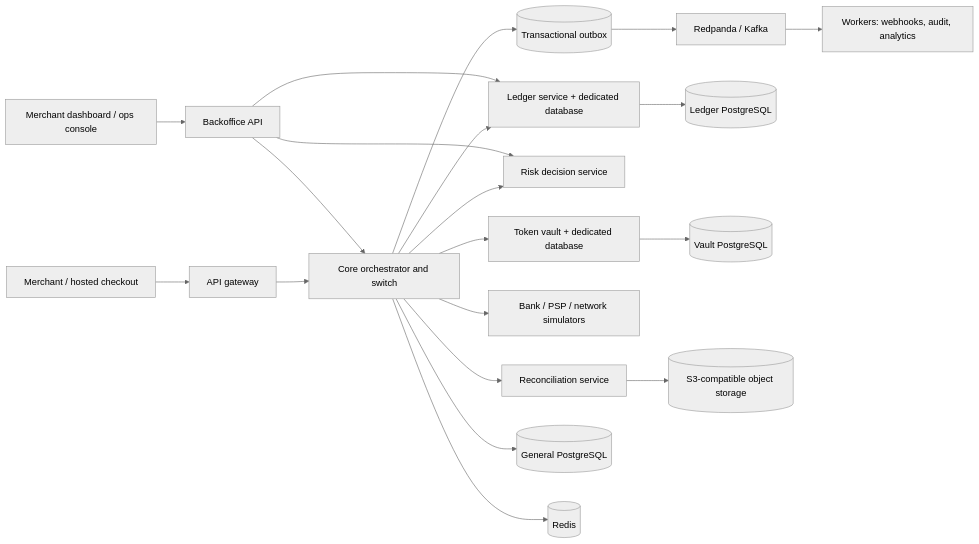
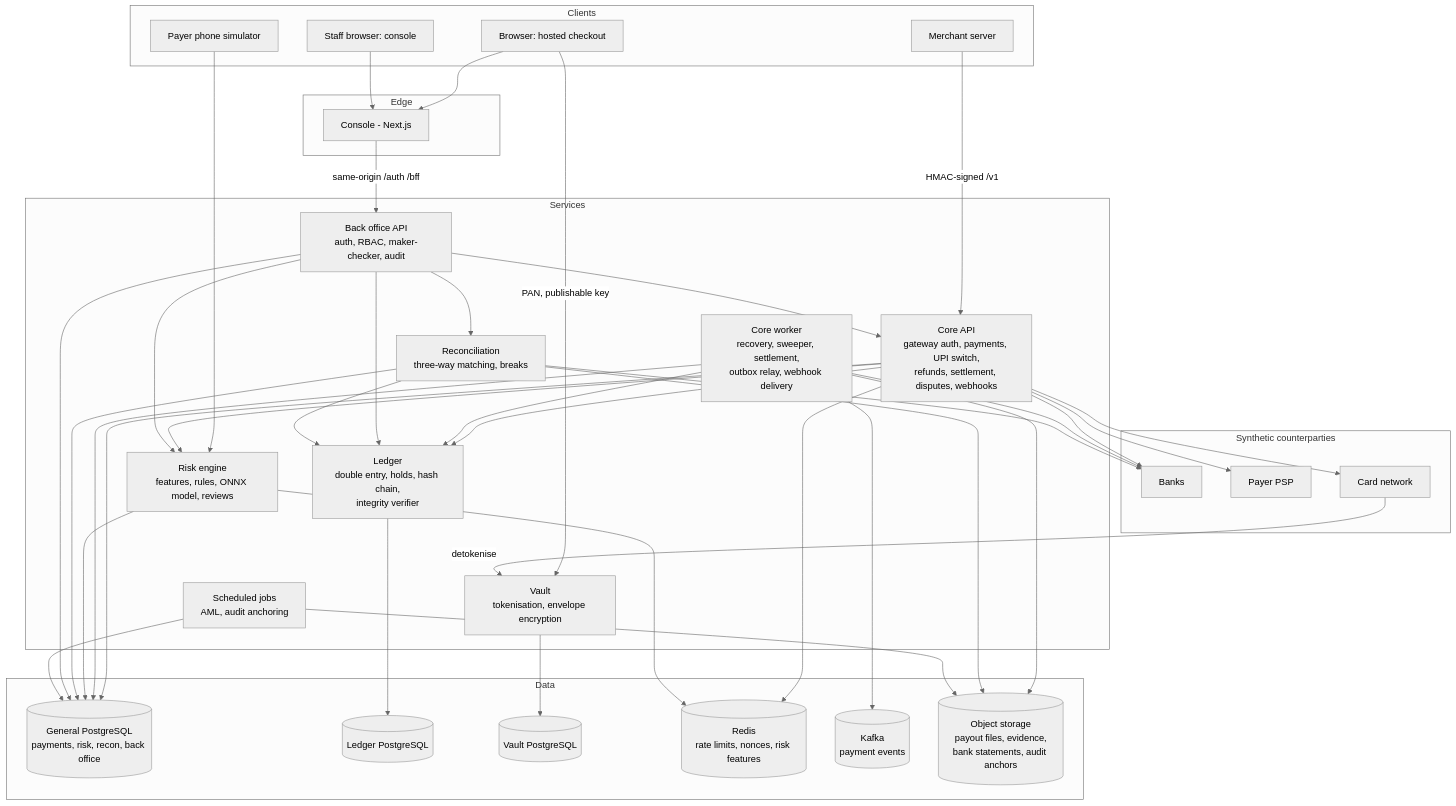
One commit to rahilpathan27/tally changed the first of 2 diagrams in docs/architecture.md. Above: the diagram before and after it, drawn with Mermaid (neutral theme). The commit also changed other lines of this file and 6 other files, not shown here.

First line of the commit message:
docs: complete phase 16 readme, architecture, demo script, highlights and guarantees

````diff
--- a/docs/architecture.md
+++ b/docs/architecture.md
@@ -3,22 +10,74 @@
 ```mermaid
-flowchart LR
-  Merchant[Merchant / hosted checkout] --> Gateway[API gateway]
-  Gateway --> Core[Core orchestrator and switch]
-  Core --> Ledger[Ledger service + dedicated database]
-  Core --> Vault[Token vault + dedicated database]
-  Core --> Risk[Risk decision service]
-  Core --> Recon[Reconciliation service]
-  Core --> Sim[Bank / PSP / network simulators]
-  Core --> Outbox[(Transactional outbox)]
-  Outbox --> Bus[Redpanda / Kafka]
-  Bus --> Workers[Workers: webhooks, audit, analytics]
-  Ops[Merchant dashboard / ops console] --> BFF[Backoffice API]
-  BFF --> Core
-  BFF --> Ledger
-  BFF --> Risk
-  Core --> GeneralDB[(General PostgreSQL)]
-  Ledger --> LedgerDB[(Ledger PostgreSQL)]
-  Vault --> VaultDB[(Vault PostgreSQL)]
-  Recon --> Blob[(S3-compatible object storage)]
-  Core --> Redis[(Redis)]
+flowchart TB
+  subgraph Clients
+    MS[Merchant server]
+    BR[Browser: hosted checkout]
+    ST[Staff browser: console]
+    PH[Payer phone simulator]
+  end
+
+  subgraph Edge
+    WEB[Console - Next.js]
+  end
+
+  subgraph Services
+    CORE[Core API<br/>gateway auth, payments, UPI switch,<br/>refunds, settlement, disputes, webhooks]
+    WORK[Core worker<br/>recovery, sweeper, settlement,<br/>outbox relay, webhook delivery]
+    LEDGER[Ledger<br/>double entry, holds, hash chain,<br/>integrity verifier]
+    VAULT[Vault<br/>tokenisation, envelope encryption]
+    RISK[Risk engine<br/>features, rules, ONNX model, reviews]
+    RECON[Reconciliation<br/>three-way matching, breaks]
+    BFF[Back office API<br/>auth, RBAC, maker-checker, audit]
+    JOBS[Scheduled jobs<br/>AML, audit anchoring]
+  end
+
+  subgraph Simulators[Synthetic counterparties]
+    BANK[Banks]
+    PSP[Payer PSP]
+    NET[Card network]
+  end
+
+  subgraph Data
+    GDB[(General PostgreSQL<br/>payments, risk, recon, back office)]
+    LDB[(Ledger PostgreSQL)]
+    VDB[(Vault PostgreSQL)]
+    REDIS[(Redis<br/>rate limits, nonces, risk features)]
+    KAFKA[(Kafka<br/>payment events)]
+    S3[(Object storage<br/>payout files, evidence,<br/>bank statements, audit anchors)]
+  end
+
+  MS -- HMAC-signed /v1 --> CORE
+  BR -- PAN, publishable key --> VAULT
+  BR --> WEB
+  ST --> WEB
+  WEB -- same-origin /auth /bff --> BFF
+  PH --> RISK
+  CORE --> LEDGER
+  CORE --> RISK
+  CORE --> PSP
+  CORE --> BANK
+  CORE --> NET
+  NET -- detokenise --> VAULT
+  WORK --> LEDGER
+  WORK --> BANK
+  WORK --> KAFKA
+  BFF --> CORE
+  BFF --> LEDGER
+  BFF --> RISK
+  BFF --> RECON
+  RECON --> LEDGER
+  RECON --> BANK
+  CORE --> GDB
+  WORK --> GDB
+  RISK --> GDB
+  RECON --> GDB
+  BFF --> GDB
+  JOBS --> GDB
+  LEDGER --> LDB
+  VAULT --> VDB
+  CORE --> REDIS
+  RISK --> REDIS
+  WORK --> S3
+  RECON --> S3
+  JOBS --> S3
 ```
````
